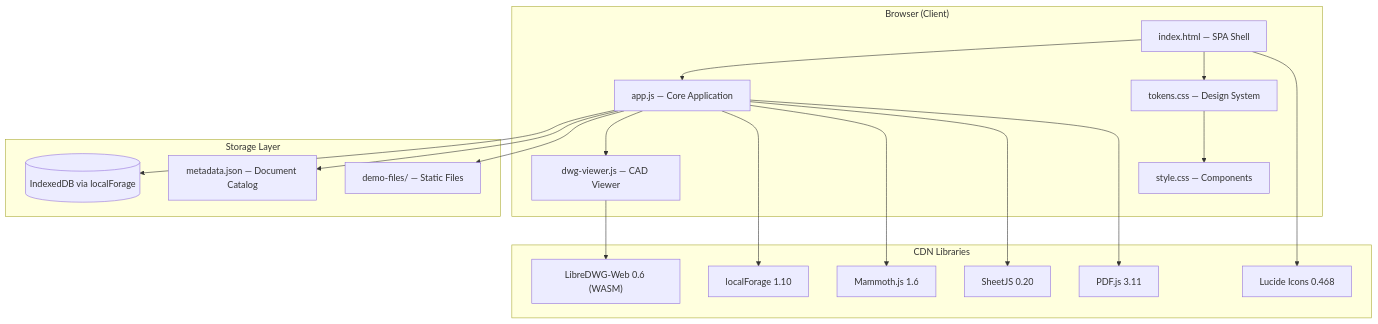
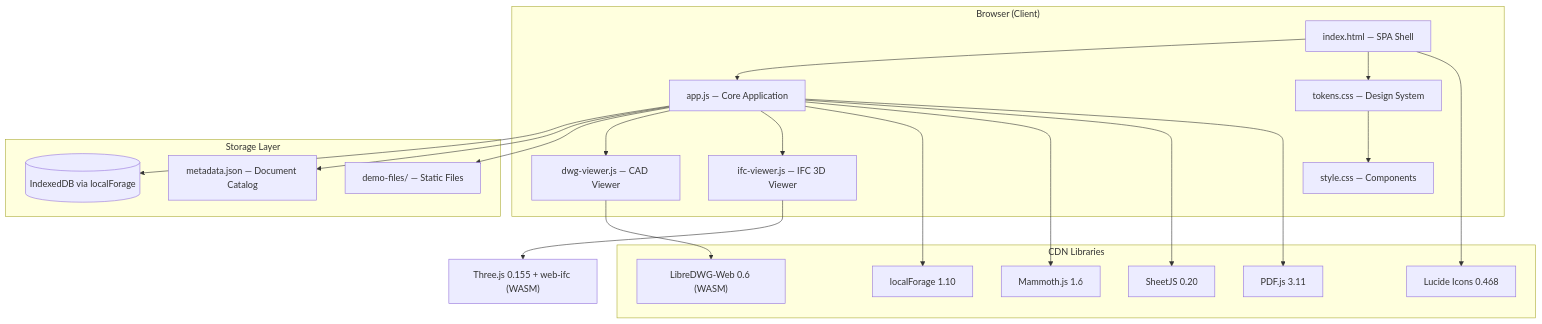
One commit to davras5/open-docs changed the first of 3 diagrams in README.md. Above: the diagram before and after it, drawn with Mermaid. The commit also changed other lines of this file and 6 other files, not shown here.

````diff
--- a/README.md
+++ b/README.md
@@ -57,35 +58,38 @@
 ```mermaid
 graph TB
     subgraph "Browser (Client)"
         UI["index.html — SPA Shell"]
         Tokens["tokens.css — Design System"]
         Styles["style.css — Components"]
         App["app.js — Core Application"]
         DWG["dwg-viewer.js — CAD Viewer"]
+        IFC["ifc-viewer.js — IFC 3D Viewer"]
     end
 
     subgraph "Storage Layer"
         IDB[("IndexedDB via localForage")]
         Meta["metadata.json — Document Catalog"]
         Files["demo-files/ — Static Files"]
     end
 
     subgraph "CDN Libraries"
         LF["localForage 1.10"]
         Mammoth["Mammoth.js 1.6"]
         SheetJS["SheetJS 0.20"]
         PDFJS["PDF.js 3.11"]
         LibreDWG["LibreDWG-Web 0.6 (WASM)"]
         Lucide["Lucide Icons 0.468"]
     end
 
     UI --> App
     UI --> Tokens --> Styles
     App --> IDB
     App --> Meta
     App --> Files
     App --> DWG
+    App --> IFC
     App --> LF & Mammoth & SheetJS & PDFJS
     DWG --> LibreDWG
+    IFC --> ThreeJS["Three.js 0.155 + web-ifc (WASM)"]
     UI --> Lucide
 ```
````
